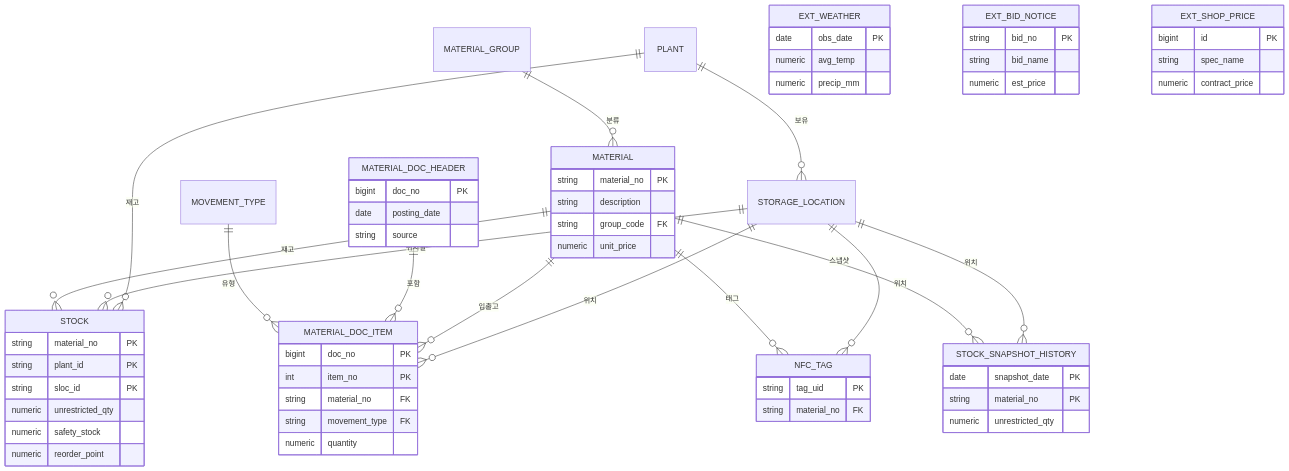
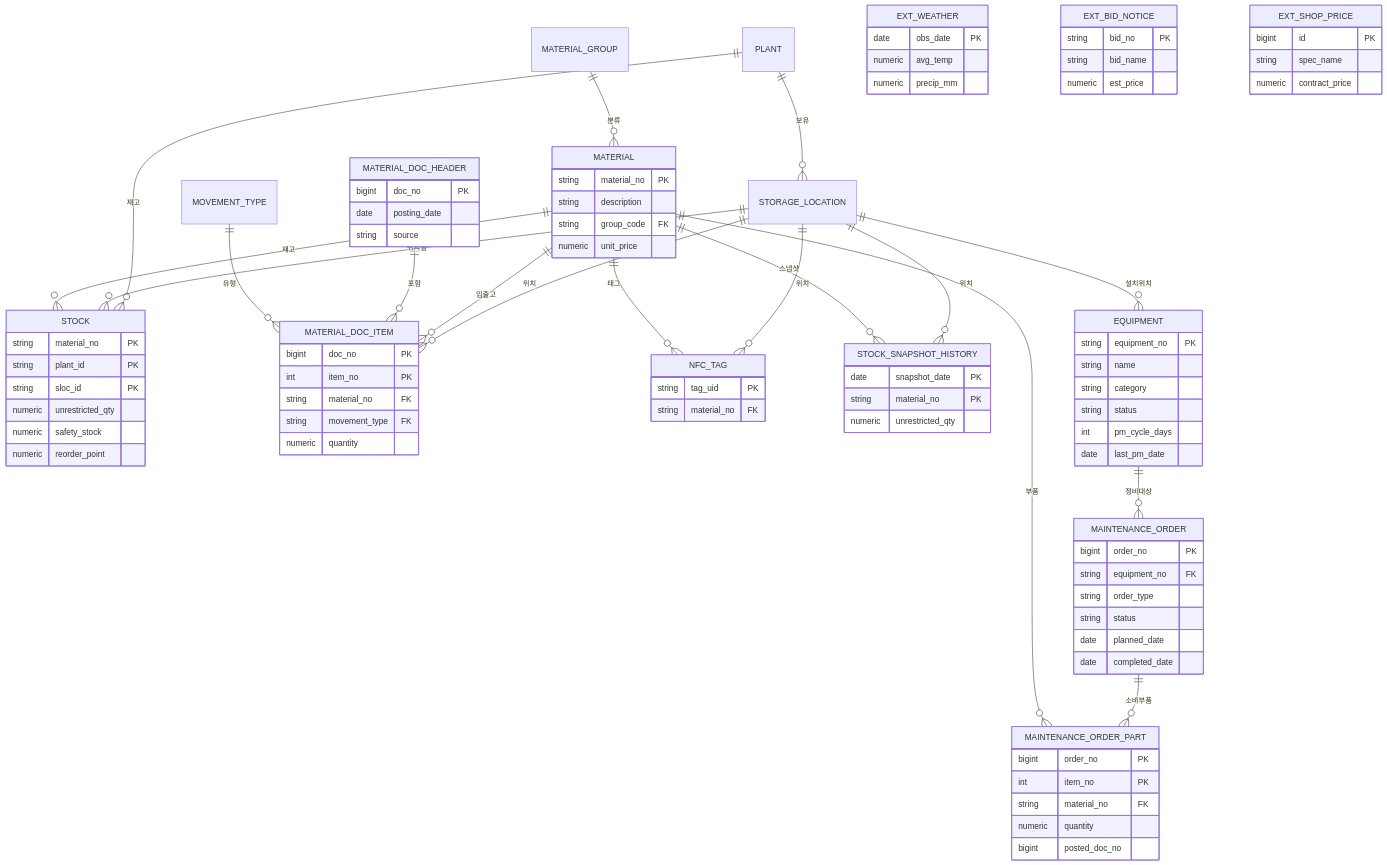
Before and after one commit to adieud99/Stockcast: the diagram in README.md, drawn with Mermaid. The commit also changed other lines of this file and 1 other file, not shown here.

````diff
--- a/README.md
+++ b/README.md
@@ -106,6 +129,10 @@
     MATERIAL ||--o{ STOCK_SNAPSHOT_HISTORY : "스냅샷"
     MATERIAL_DOC_HEADER ||--o{ MATERIAL_DOC_ITEM : "포함"
     MOVEMENT_TYPE ||--o{ MATERIAL_DOC_ITEM : "유형"
+    STORAGE_LOCATION ||--o{ EQUIPMENT : "설치위치"
+    EQUIPMENT ||--o{ MAINTENANCE_ORDER : "정비대상"
+    MAINTENANCE_ORDER ||--o{ MAINTENANCE_ORDER_PART : "소비부품"
+    MATERIAL ||--o{ MAINTENANCE_ORDER_PART : "부품"
 
     MATERIAL {
         string material_no PK
@@ -157,4 +184,27 @@
         string spec_name
         numeric contract_price
     }
+    EQUIPMENT {
+        string equipment_no PK
+        string name
+        string category
+        string status
+        int pm_cycle_days
+        date last_pm_date
+    }
+    MAINTENANCE_ORDER {
+        bigint order_no PK
+        string equipment_no FK
+        string order_type
+        string status
+        date planned_date
+        date completed_date
+    }
+    MAINTENANCE_ORDER_PART {
+        bigint order_no PK
+        int item_no PK
+        string material_no FK
+        numeric quantity
+        bigint posted_doc_no
+    }
 ```
````
